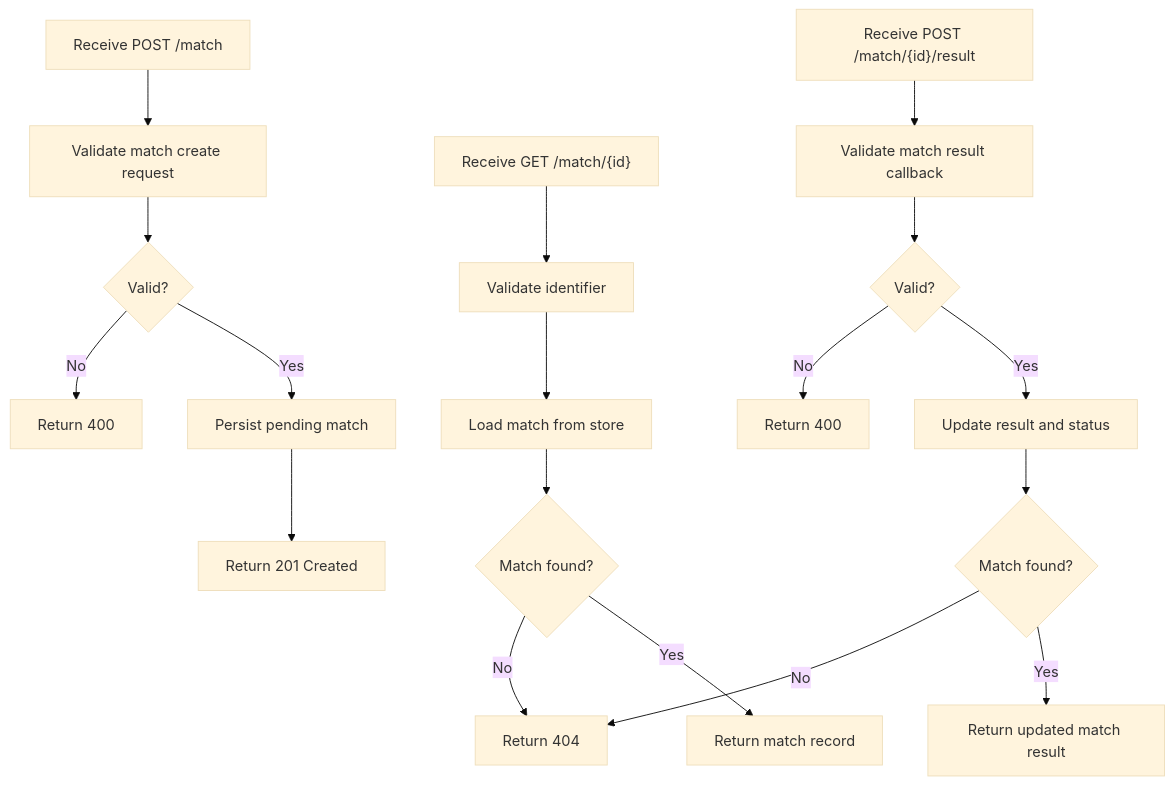
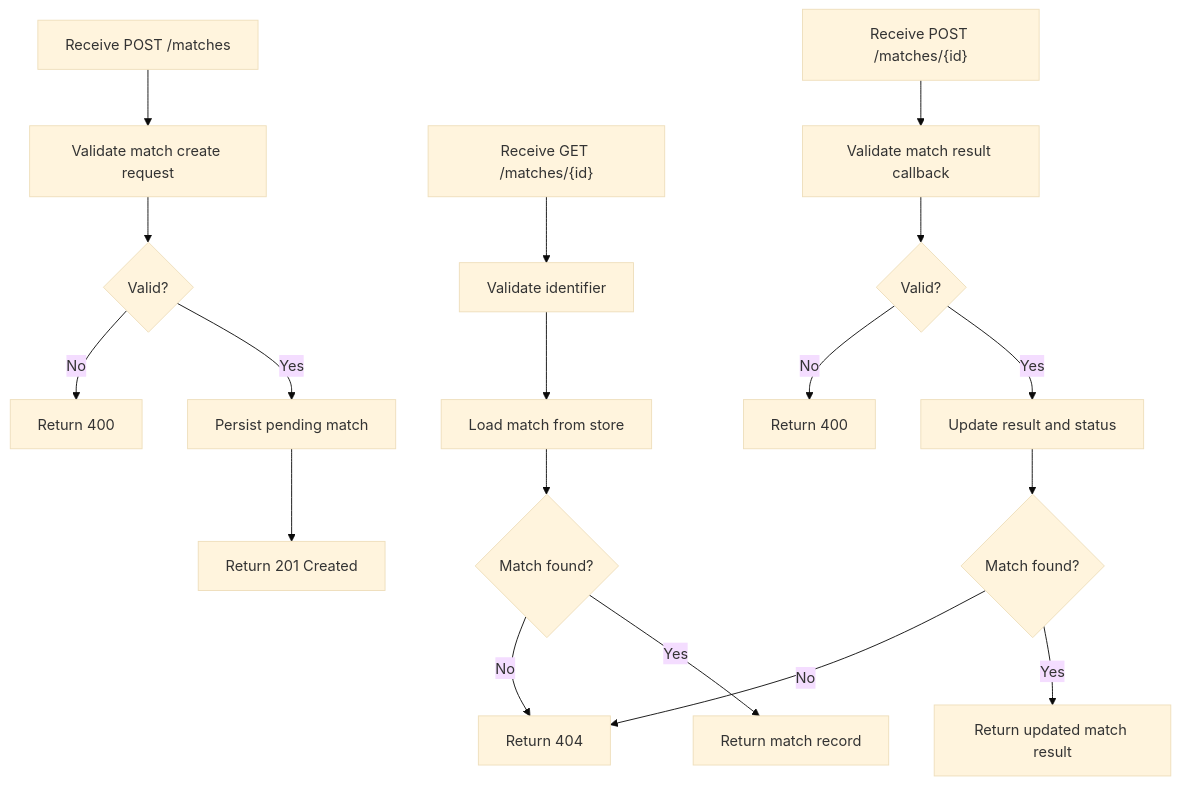
Before and after one commit to dpbL5/glicko2-matchmaking-system: the fourth of 7 diagrams in docs/analysis-and-design.md, drawn with Mermaid (base theme). The commit also changed other lines of this file, not shown here.

````diff
--- a/docs/analysis-and-design.md
+++ b/docs/analysis-and-design.md
@@ -316,20 +316,20 @@
 ```mermaid
 flowchart TD
-    A[Receive POST /match] --> B[Validate match create request]
+    A[Receive POST /matches] --> B[Validate match create request]
     B --> C{Valid?}
     C -->|No| D[Return 400]
     C -->|Yes| E[Persist pending match]
     E --> F[Return 201 Created]
-    G["Receive GET /match/{id}"] --> H[Validate identifier]
+    G["Receive GET /matches/{id}"] --> H[Validate identifier]
     H --> I[Load match from store]
     I --> J{Match found?}
     J -->|No| K[Return 404]
     J -->|Yes| L[Return match record]
-    M["Receive POST /match/{id}/result"] --> N[Validate match result callback]
+    M["Receive POST /matches/{id}"] --> N[Validate match result callback]
     N --> O{Valid?}
     O -->|No| P[Return 400]
     O -->|Yes| Q[Update result and status]
     Q --> R{Match found?}
     R -->|No| K
     R -->|Yes| S[Return updated match result]
 ```
````
